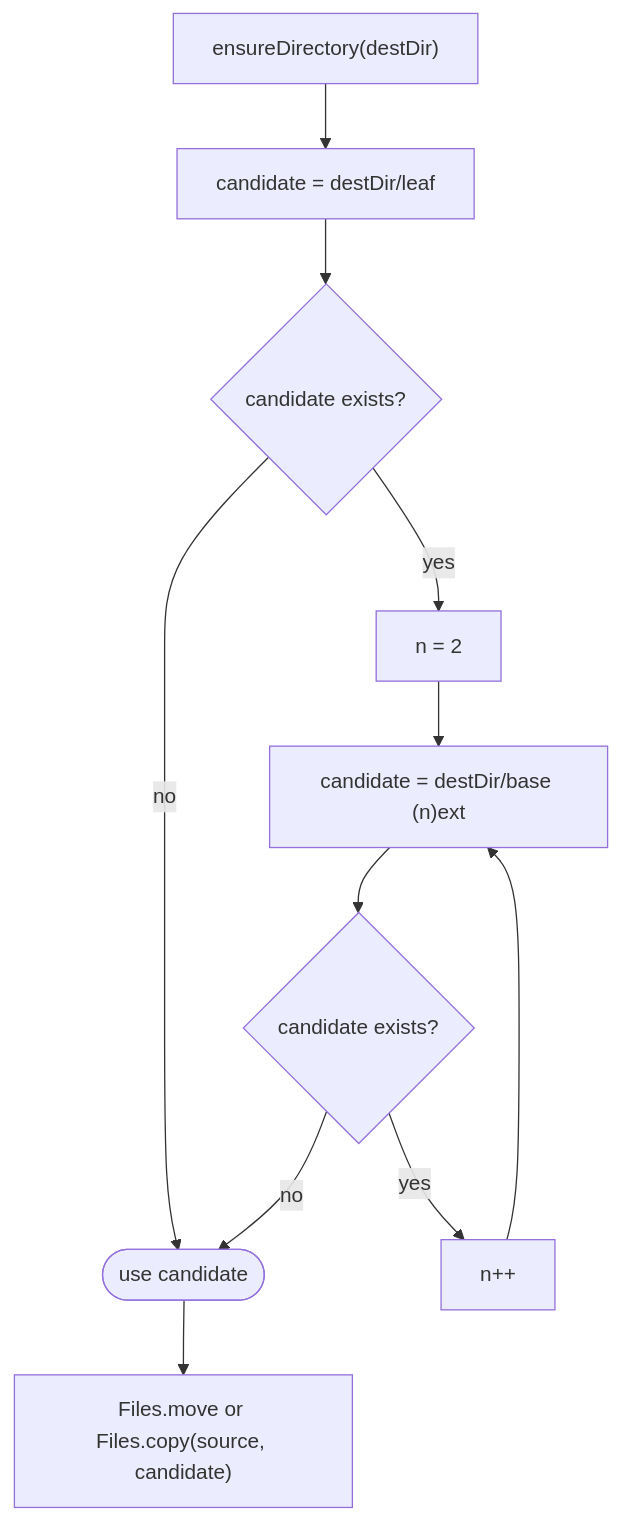
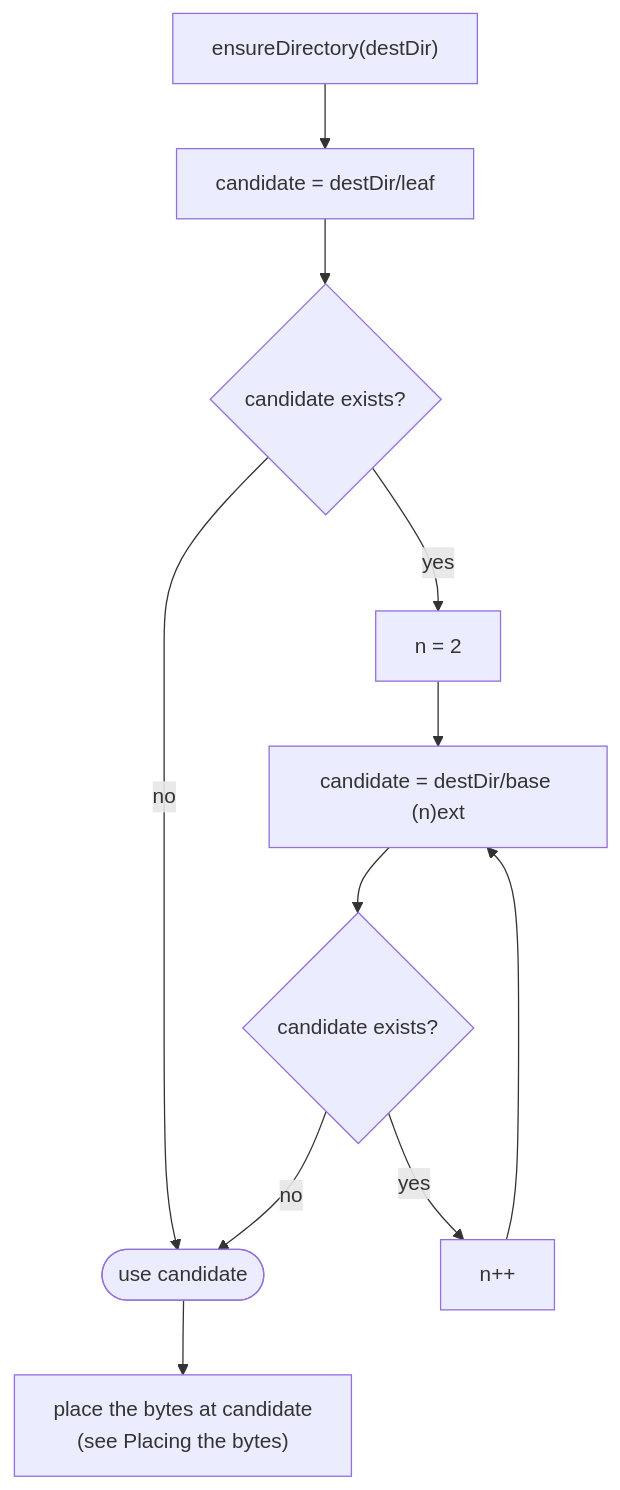
One commit to AdrianNachev91/sluice changed the first of 3 diagrams in app/docs/design/adapter/fs/media-store.md. Above: the diagram before and after it, drawn with Mermaid. The commit also changed other lines of this file and 316 other files, not shown here.

````diff
--- a/app/docs/design/adapter/fs/media-store.md
+++ b/app/docs/design/adapter/fs/media-store.md
@@ -9,13 +9,13 @@
 ```mermaid
 flowchart TD
     A["ensureDirectory(destDir)"] --> B["candidate = destDir/leaf"]
     B --> C{"candidate exists?"}
     C -- no --> D(["use candidate"])
     C -- yes --> E["n = 2"]
     E --> F["candidate = destDir/base (n)ext"]
     F --> G{"candidate exists?"}
     G -- yes --> H["n++"]
     H --> F
     G -- no --> D
-    D --> I["Files.move or Files.copy(source, candidate)"]
+    D --> I["place the bytes at candidate<br/>(see Placing the bytes)"]
 ```
````
